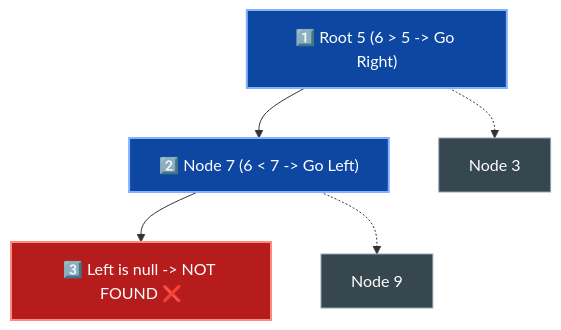
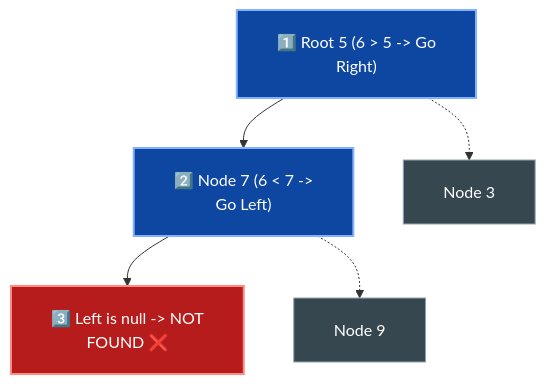
Before and after one commit to dip4k/DSA_102: the sixth of 25 diagrams in week_07_trees_and_balanced_search_trees/Week_07_Visual_Concepts_Playbook_HYBRID.md, drawn with Mermaid. The commit also changed other lines of this file and 108 other files, not shown here.

First line of the commit message:
fix(mermaid): resolve diagram clipping, padding, and syntax issues across repo

````diff
--- a/week_07_trees_and_balanced_search_trees/Week_07_Visual_Concepts_Playbook_HYBRID.md
+++ b/week_07_trees_and_balanced_search_trees/Week_07_Visual_Concepts_Playbook_HYBRID.md
@@ -223,11 +228,12 @@
 ```mermaid
+%%{init: {"flowchart": {"htmlLabels": true, "padding": 20}}}%%
 flowchart TD
-    S5["1️⃣ Root 5 (6 > 5 -> Go Right)"]:::searchStep --> S7["2️⃣ Node 7 (6 &lt; 7 -> Go Left)"]:::searchStep
+    S5["1️⃣ Root 5 (6 > 5 -> Go<br/>Right)"]:::searchStep --> S7["2️⃣ Node 7 (6 &lt; 7 -><br/>Go Left)"]:::searchStep
     S5 -.-> S3["Node 3"]
-    S7 --> SNull["3️⃣ Left is null -> NOT FOUND ❌"]:::nullStep
+    S7 --> SNull["3️⃣ Left is null -> NOT<br/>FOUND ❌"]:::nullStep
     S7 -.-> S9["Node 9"]
 
     classDef searchStep fill:#0d47a1,stroke:#82b1ff,stroke-width:2px,color:#ffffff
     classDef nullStep fill:#b71c1c,stroke:#ff8a80,stroke-width:2px,color:#ffffff
     classDef default fill:#37474f,stroke:#90a4ae,stroke-width:1px,color:#ffffff
 ```
````
